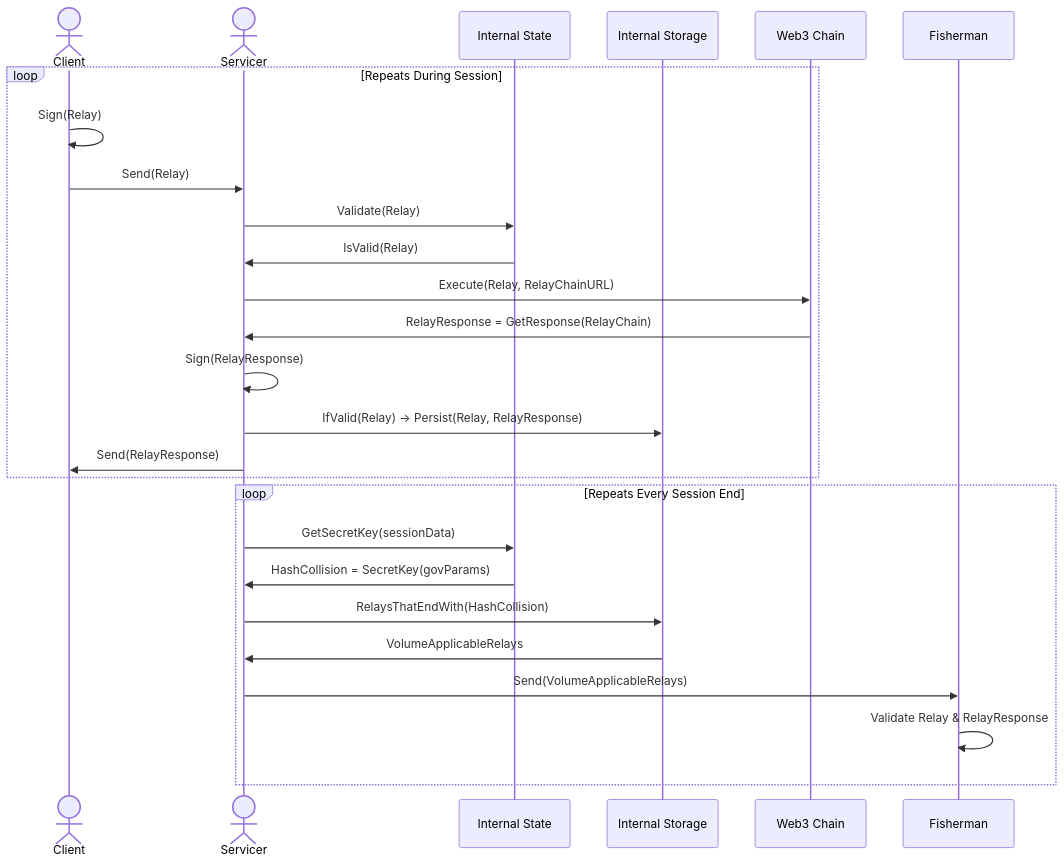
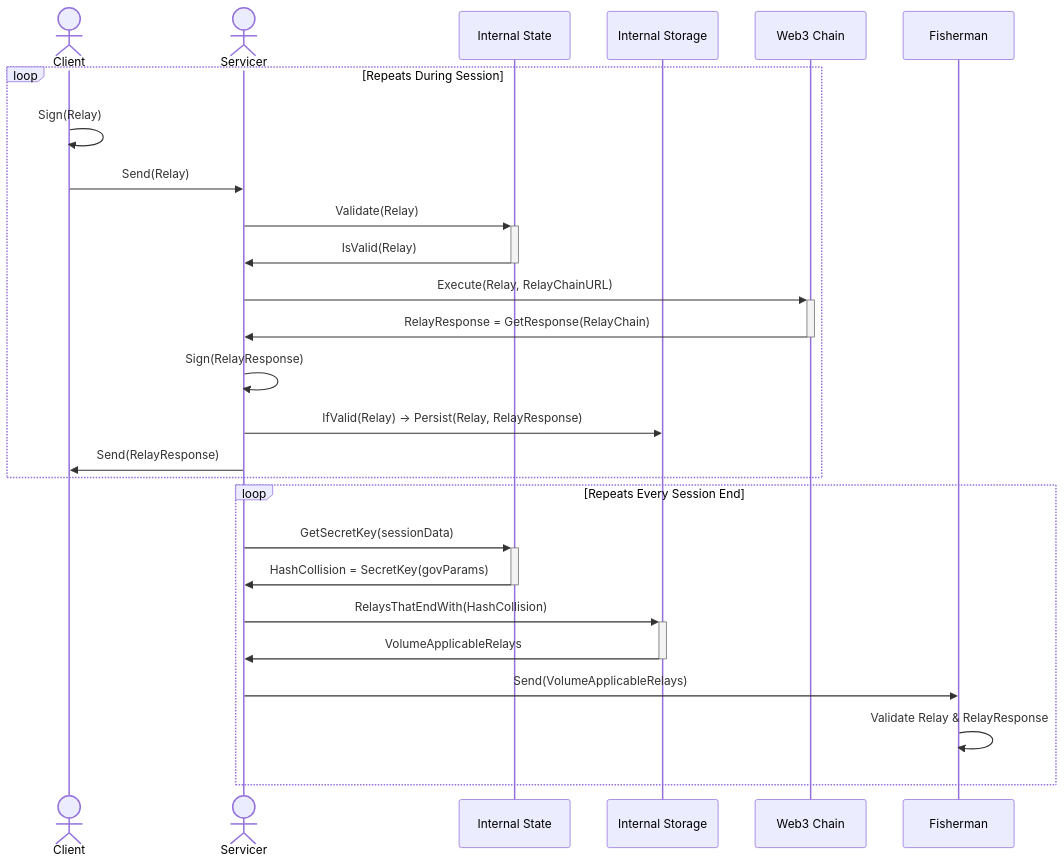
The fourth of 11 diagrams in utility/README.md (pokt-network/pocket-network-protocol), drawn with Mermaid before and after one commit. The commit also changed other lines of this file, not shown here.

Commit message:
Mostly updated Servicer protocol

````diff
--- a/utility/README.md
+++ b/utility/README.md
@@ -350,29 +348,29 @@
 ```mermaid
 sequenceDiagram
     actor Client
     actor Servicer
     participant IS as Internal State
     participant ISS as Internal Storage
     participant Chain as Web3 Chain
 
     loop Repeats During Session
       Client ->> Client: Sign(Relay)
       Client ->> Servicer: Send(Relay)
-      Servicer ->> IS: Validate(Relay)
-      IS ->> Servicer: IsValid(Relay)
-      Servicer ->> Chain: Execute(Relay, RelayChainURL)
-      Chain ->> Servicer: RelayResponse = GetResponse(RelayChain)
+      Servicer ->> +IS: Validate(Relay)
+      IS ->> -Servicer: IsValid(Relay)
+      Servicer ->> +Chain: Execute(Relay, RelayChainURL)
+      Chain ->> -Servicer: RelayResponse = GetResponse(RelayChain)
       Servicer ->> Servicer: Sign(RelayResponse)
       Servicer ->> ISS: IfValid(Relay) -> Persist(Relay, RelayResponse)
       Servicer ->> Client: Send(RelayResponse)
     end
 
     loop Repeats Every Session End
-      Servicer ->> IS: GetSecretKey(sessionData)
-      IS ->> Servicer: HashCollision = SecretKey(govParams)
-      Servicer ->> ISS: RelaysThatEndWith(HashCollision)
-      ISS ->> Servicer: VolumeApplicableRelays
+      Servicer ->> +IS: GetSecretKey(sessionData)
+      IS ->> -Servicer: HashCollision = SecretKey(govParams)
+      Servicer ->> +ISS: RelaysThatEndWith(HashCollision)
+      ISS ->> -Servicer: VolumeApplicableRelays
       Servicer ->> Fisherman: Send(VolumeApplicableRelays)
       Fisherman ->> Fisherman: Validate Relay & RelayResponse
     end
 ```
````
